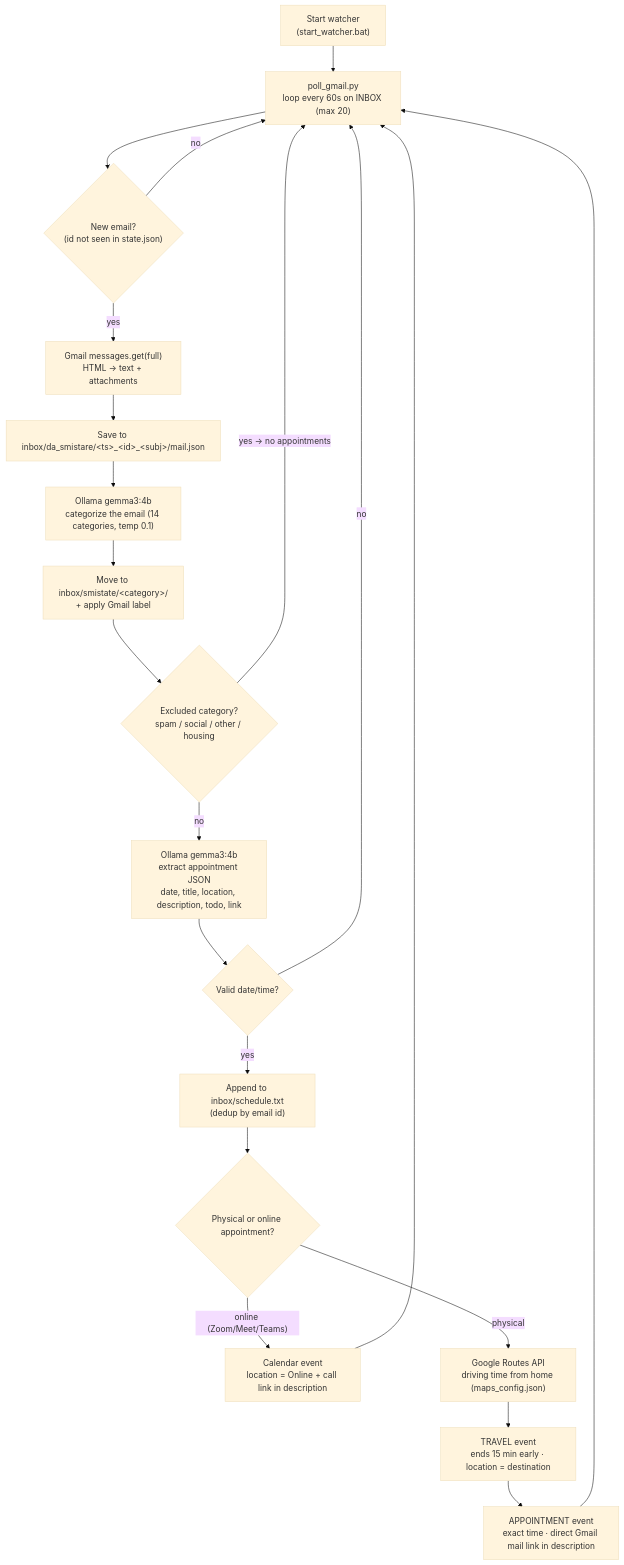
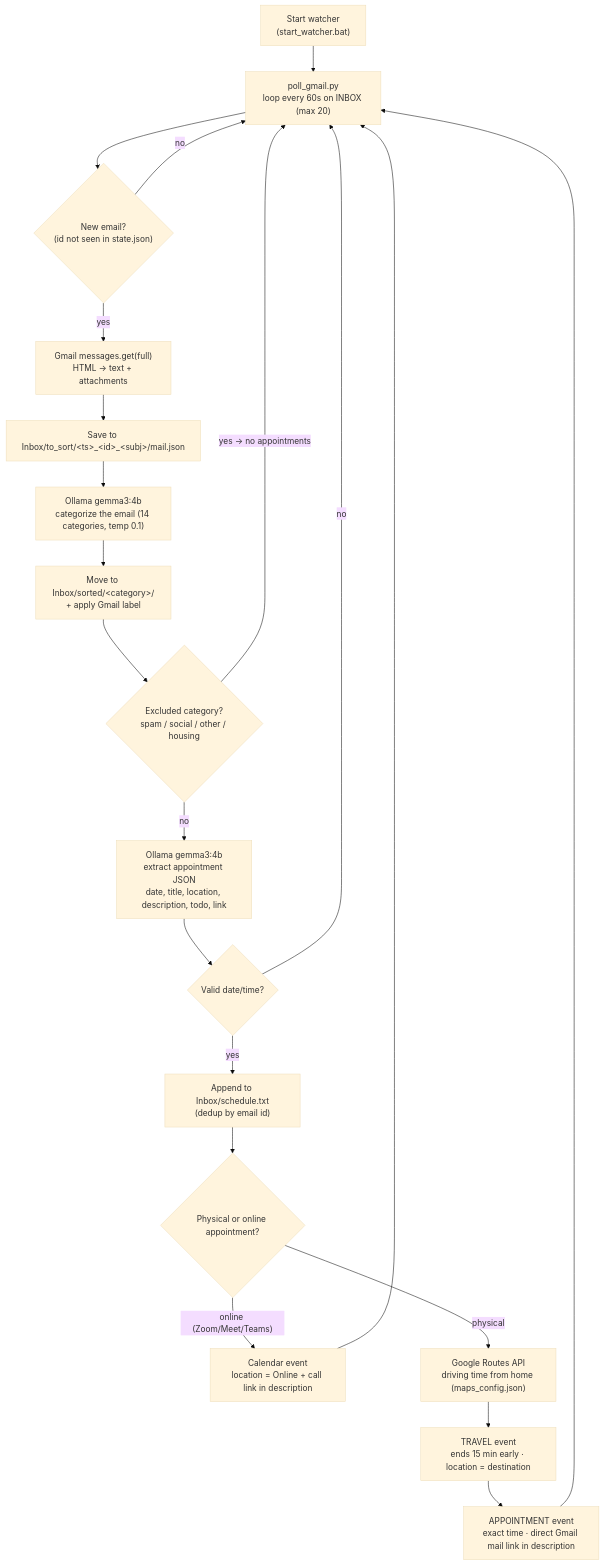
One commit to P0rkoTh10/Local-Inbox-Agent changed the second of 2 diagrams in README.md. Above: the diagram before and after it, drawn with Mermaid (base theme). The commit also changed other lines of this file and 12 other files, not shown here.

Commit message:
Add Inbox runtime layout (to_sort/sorted) and sample emails in English

````diff
--- a/README.md
+++ b/README.md
@@ -32,23 +32,23 @@
 ```mermaid
 flowchart TD
     A["Start watcher<br/>(start_watcher.bat)"] --> B["poll_gmail.py<br/>loop every 60s on INBOX (max 20)"]
     B --> C{"New email?<br/>(id not seen in state.json)"}
     C -- "no" --> B
     C -- "yes" --> D["Gmail messages.get(full)<br/>HTML → text + attachments"]
-    D --> E["Save to inbox/da_smistare/&lt;ts&gt;_&lt;id&gt;_&lt;subj&gt;/mail.json"]
+    D --> E["Save to Inbox/to_sort/&lt;ts&gt;_&lt;id&gt;_&lt;subj&gt;/mail.json"]
     E --> F["Ollama gemma3:4b<br/>categorize the email (14 categories, temp 0.1)"]
-    F --> G["Move to inbox/smistate/&lt;category&gt;/<br/>+ apply Gmail label"]
+    F --> G["Move to Inbox/sorted/&lt;category&gt;/<br/>+ apply Gmail label"]
     G --> H{"Excluded category?<br/>spam / social / other / housing"}
     H -- "yes → no appointments" --> B
     H -- "no" --> I["Ollama gemma3:4b<br/>extract appointment JSON<br/>date, title, location, description, todo, link"]
     I --> J{"Valid date/time?"}
     J -- "no" --> B
-    J -- "yes" --> K["Append to inbox/schedule.txt<br/>(dedup by email id)"]
+    J -- "yes" --> K["Append to Inbox/schedule.txt<br/>(dedup by email id)"]
     K --> L{"Physical or online appointment?"}
     L -- "online (Zoom/Meet/Teams)" --> M["Calendar event<br/>location = Online + call link in description"]
     M --> B
     L -- "physical" --> N["Google Routes API<br/>driving time from home (maps_config.json)"]
     N --> O["TRAVEL event<br/>ends 15 min early · location = destination"]
     O --> P["APPOINTMENT event<br/>exact time · direct Gmail mail link in description"]
     P --> B
 ```
````
